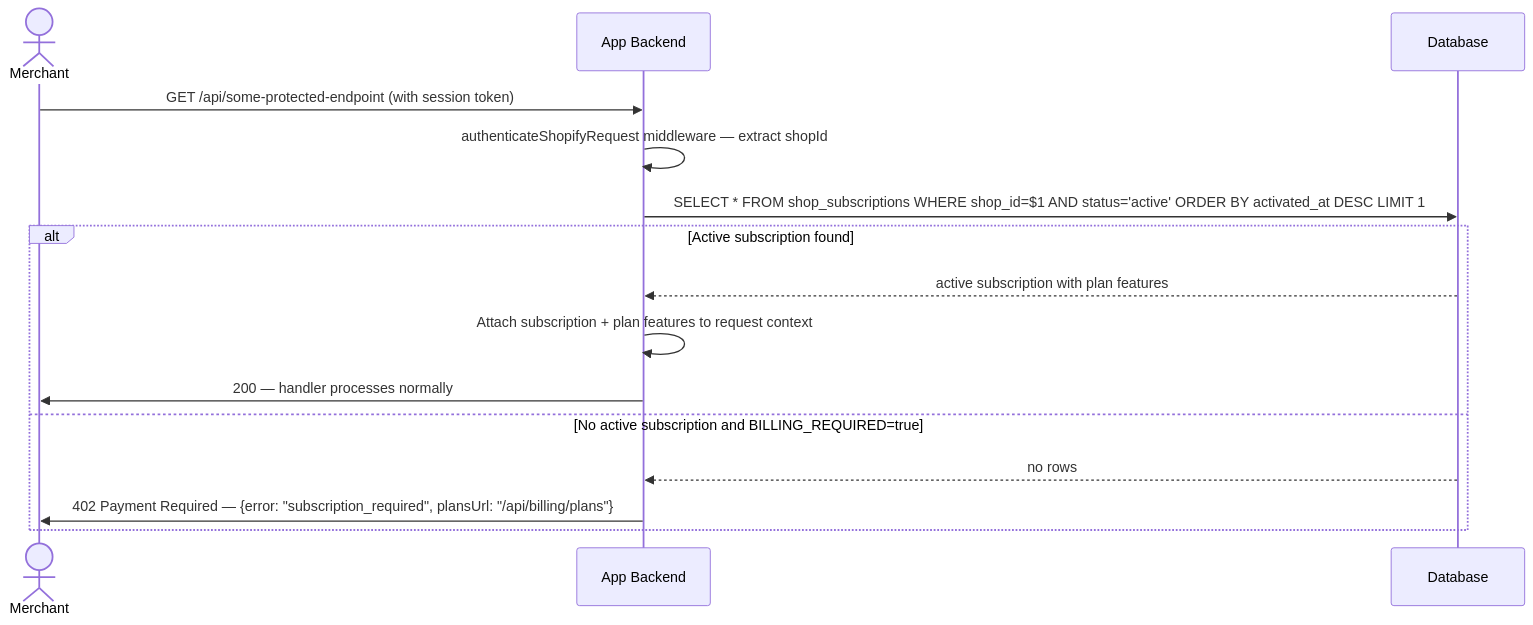
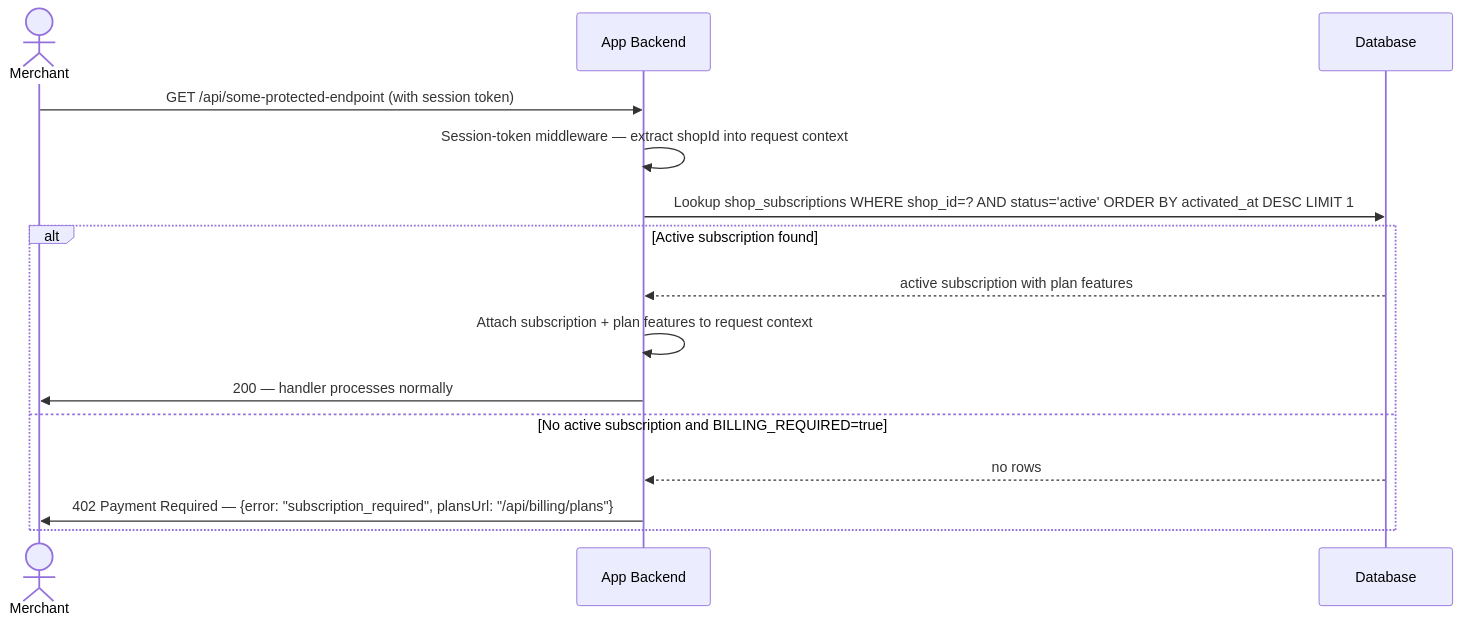
One commit to nguyenvanduocit/primitive-blocks-specs changed the sixth of 7 diagrams in billing/shopify-charges/README.md. Above: the diagram before and after it, drawn with Mermaid. The commit also changed other lines of this file and 28 other files, not shown here.

````diff
--- a/billing/shopify-charges/README.md
+++ b/billing/shopify-charges/README.md
@@ -319,18 +357,18 @@
 ```mermaid
 sequenceDiagram
     actor M as Merchant
     participant A as App Backend
     participant DB as Database
 
     M->>A: GET /api/some-protected-endpoint (with session token)
-    A->>A: authenticateShopifyRequest middleware — extract shopId
-    A->>DB: SELECT * FROM shop_subscriptions WHERE shop_id=$1 AND status='active' ORDER BY activated_at DESC LIMIT 1
+    A->>A: Session-token middleware — extract shopId into request context
+    A->>DB: Lookup shop_subscriptions WHERE shop_id=? AND status='active' ORDER BY activated_at DESC LIMIT 1
     alt Active subscription found
         DB-->>A: active subscription with plan features
         A->>A: Attach subscription + plan features to request context
         A->>M: 200 — handler processes normally
     else No active subscription and BILLING_REQUIRED=true
         DB-->>A: no rows
         A->>M: 402 Payment Required — {error: "subscription_required", plansUrl: "/api/billing/plans"}
     end
 ```
````
